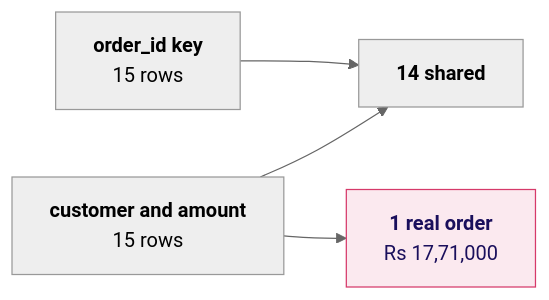
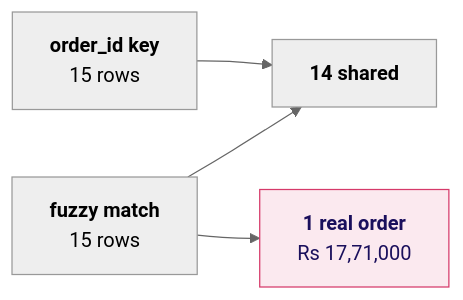
One commit to fde-academy-lab/c2-content-factory changed the eighth of 17 diagrams in content/W01/D3/slides/C2_W01_D03_half1_STUDENT.md. Above: the diagram before and after it, drawn with Mermaid (neutral theme). The commit also changed other lines of this file and 32 other files, not shown here.

Commit message:
W01 D3: depth loop round one fixes: a true fuzzy match and corrected sizings, opener prose, two runtime items replaced, fix-the-logic and match items in the escalated brief, jargon defined, minutes balanced, cheat sheet panel one reshaped

````diff
--- a/content/W01/D3/slides/C2_W01_D03_half1_STUDENT.md
+++ b/content/W01/D3/slides/C2_W01_D03_half1_STUDENT.md
@@ -500,8 +504,8 @@
 ```mermaid
 flowchart LR
     O["<b>order_id key</b><br/>15 rows"] --> S["<b>14 shared</b>"]
-    F["<b>customer and amount</b><br/>15 rows"] --> S
+    F["<b>fuzzy match</b><br/>15 rows"] --> S
     F --> X["<b>1 real order</b><br/>Rs 17,71,000"]
     classDef bad fill:#FBE9EF,stroke:#D63A6A,color:#1A0F5C
     class X bad
 ```
````
